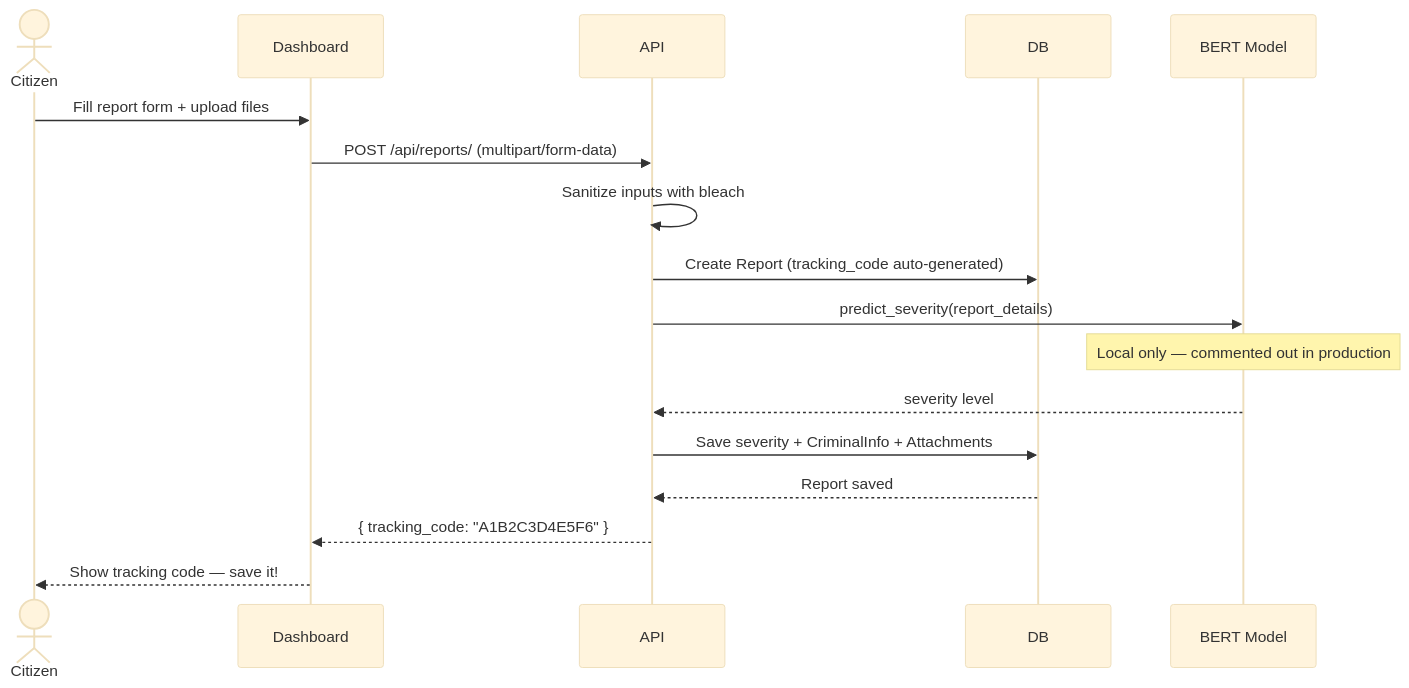
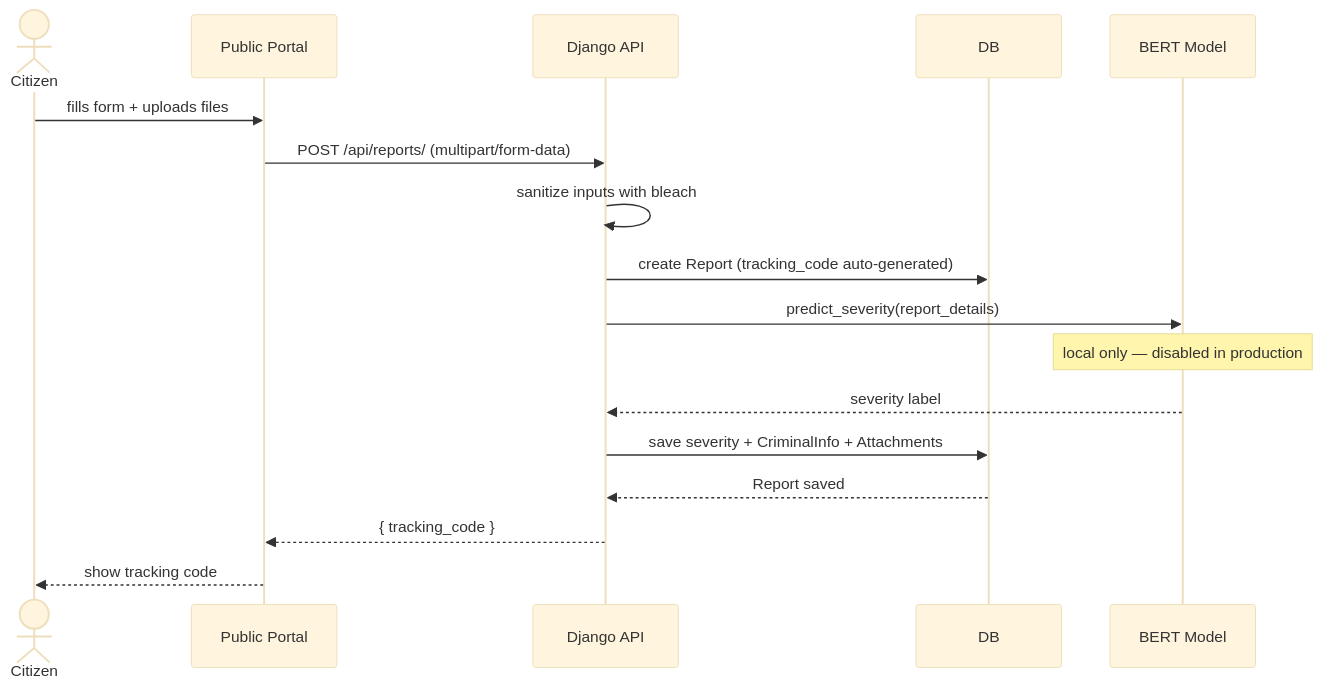
Before and after one commit to salmakhalill/Python-Sec-Sandbox: the first of 3 diagrams in test.md, drawn with Mermaid (base theme). The commit also changed other lines of this file, not shown here.

First line of the commit message:
Revise test.md with new diagrams and content updates

````diff
--- a/test.md
+++ b/test.md
@@ -269,20 +7,20 @@
 ```mermaid
 sequenceDiagram
     actor Citizen
-    participant React as Dashboard
-    participant API as API
+    participant Portal as Public Portal
+    participant API as Django API
     participant DB
     participant AI as BERT Model
 
-    Citizen->>React: Fill report form + upload files
-    React->>API: POST /api/reports/ (multipart/form-data)
-    API->>API: Sanitize inputs with bleach
-    API->>DB: Create Report (tracking_code auto-generated)
+    Citizen->>Portal: fills form + uploads files
+    Portal->>API: POST /api/reports/ (multipart/form-data)
+    API->>API: sanitize inputs with bleach
+    API->>DB: create Report (tracking_code auto-generated)
     API->>AI: predict_severity(report_details)
-    Note over AI: Local only — commented out in production
-    AI-->>API: severity level
-    API->>DB: Save severity + CriminalInfo + Attachments
+    Note over AI: local only — disabled in production
+    AI-->>API: severity label
+    API->>DB: save severity + CriminalInfo + Attachments
     DB-->>API: Report saved
-    API-->>React: { tracking_code: "A1B2C3D4E5F6" }
-    React-->>Citizen: Show tracking code — save it!
+    API-->>Portal: { tracking_code }
+    Portal-->>Citizen: show tracking code
 ```
````
